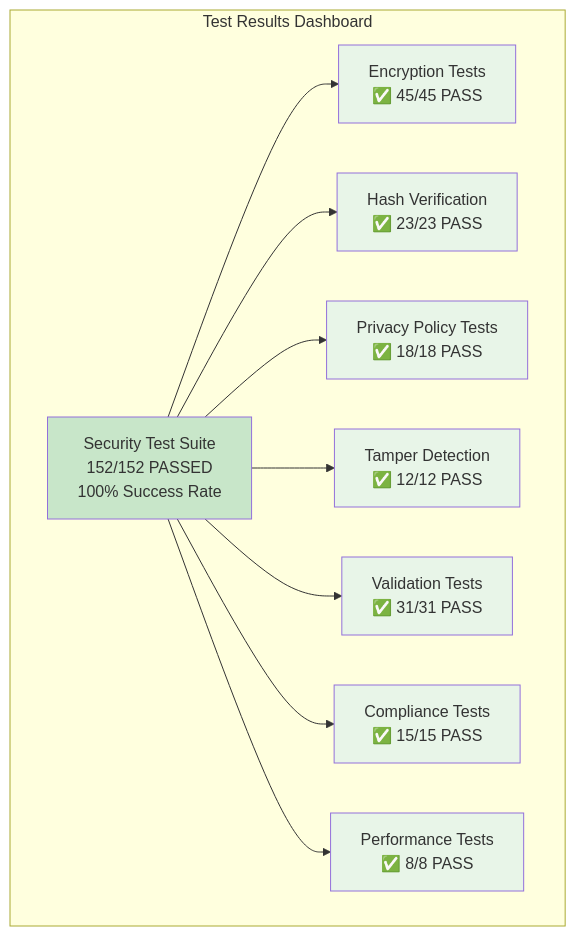
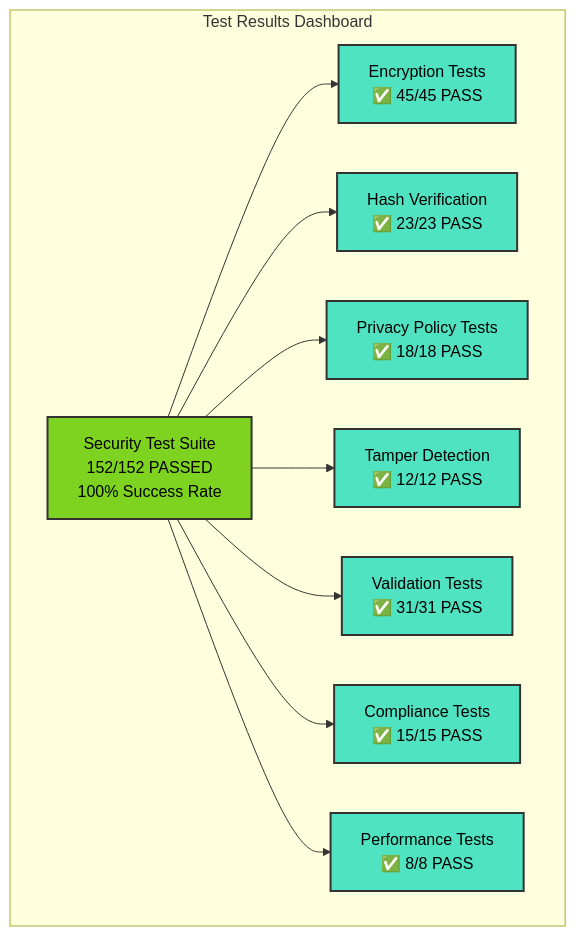
Before and after one commit to mbhatt1/maifscratch: diagram 21 of 24 in SECURITY_SPECIFICATION.md, drawn with Mermaid. The commit also changed other lines of this file, not shown here.

````diff
--- a/SECURITY_SPECIFICATION.md
+++ b/SECURITY_SPECIFICATION.md
@@ -967,31 +967,31 @@
 ```mermaid
 graph TD
     subgraph "Test Results Dashboard"
         A[Security Test Suite<br/>152/152 PASSED<br/>100% Success Rate]
         
         B[Encryption Tests<br/>✅ 45/45 PASS]
         C[Hash Verification<br/>✅ 23/23 PASS]
         D[Privacy Policy Tests<br/>✅ 18/18 PASS]
         E[Tamper Detection<br/>✅ 12/12 PASS]
         F[Validation Tests<br/>✅ 31/31 PASS]
         G[Compliance Tests<br/>✅ 15/15 PASS]
         H[Performance Tests<br/>✅ 8/8 PASS]
         
         A --> B
         A --> C
         A --> D
         A --> E
         A --> F
         A --> G
         A --> H
     end
     
-    style A fill:#c8e6c9
-    style B fill:#e8f5e8
-    style C fill:#e8f5e8
-    style D fill:#e8f5e8
-    style E fill:#e8f5e8
-    style F fill:#e8f5e8
-    style G fill:#e8f5e8
-    style H fill:#e8f5e8
+    style A fill:#7ED321,stroke:#333,stroke-width:2px,color:#000
+    style B fill:#50E3C2,stroke:#333,stroke-width:2px,color:#000
+    style C fill:#50E3C2,stroke:#333,stroke-width:2px,color:#000
+    style D fill:#50E3C2,stroke:#333,stroke-width:2px,color:#000
+    style E fill:#50E3C2,stroke:#333,stroke-width:2px,color:#000
+    style F fill:#50E3C2,stroke:#333,stroke-width:2px,color:#000
+    style G fill:#50E3C2,stroke:#333,stroke-width:2px,color:#000
+    style H fill:#50E3C2,stroke:#333,stroke-width:2px,color:#000
 ```
````
